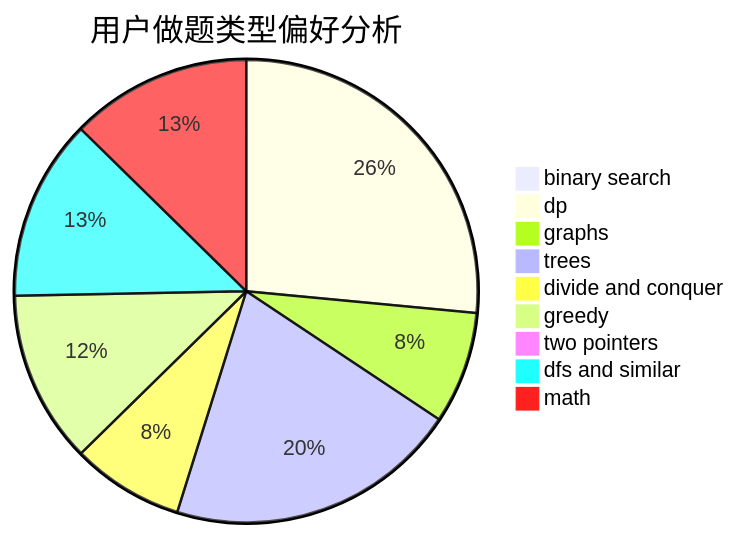
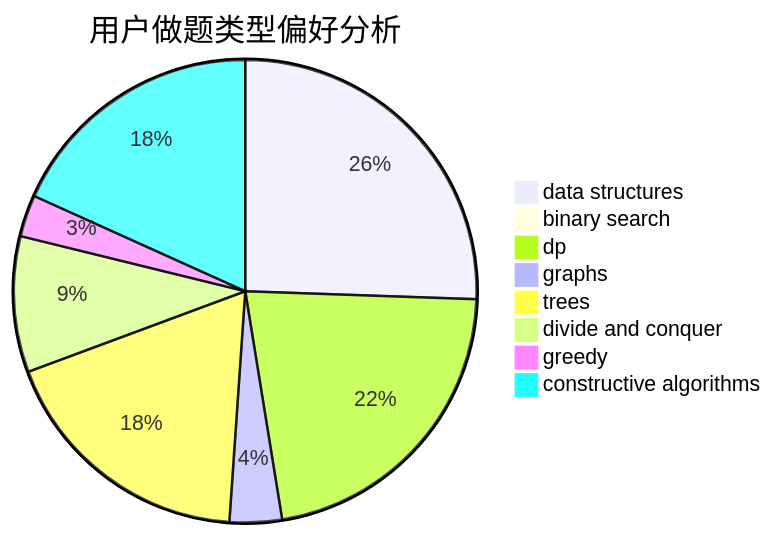
The second of 3 diagrams in docs/user/u2299.md (sherpahu/cfrs.github.io), drawn with Mermaid before and after one commit. The commit also changed other lines of this file and 2775 other files, not shown here.

````diff
--- a/docs/user/u2299.md
+++ b/docs/user/u2299.md
@@ -23,12 +23,11 @@
 ```mermaid
 pie title 用户做题类型偏好分析
+    "data structures" :  35
     "binary search" :  0
-    "dp" :  44
-    "graphs" :  13
-    "trees" :  34
+    "dp" :  30
+    "graphs" :  5
+    "trees" :  25
     "divide and conquer" :  13
-    "greedy" :  20
-    "two pointers" :  1
-    "dfs and similar" :  21
-    "math" :  21
+    "greedy" :  4
+    "constructive algorithms" :  25
 ```
````
